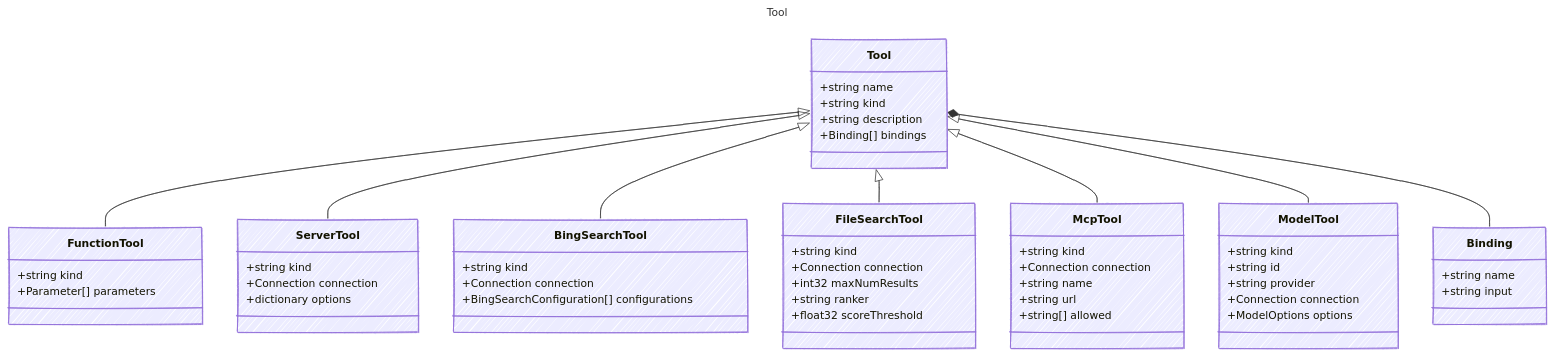
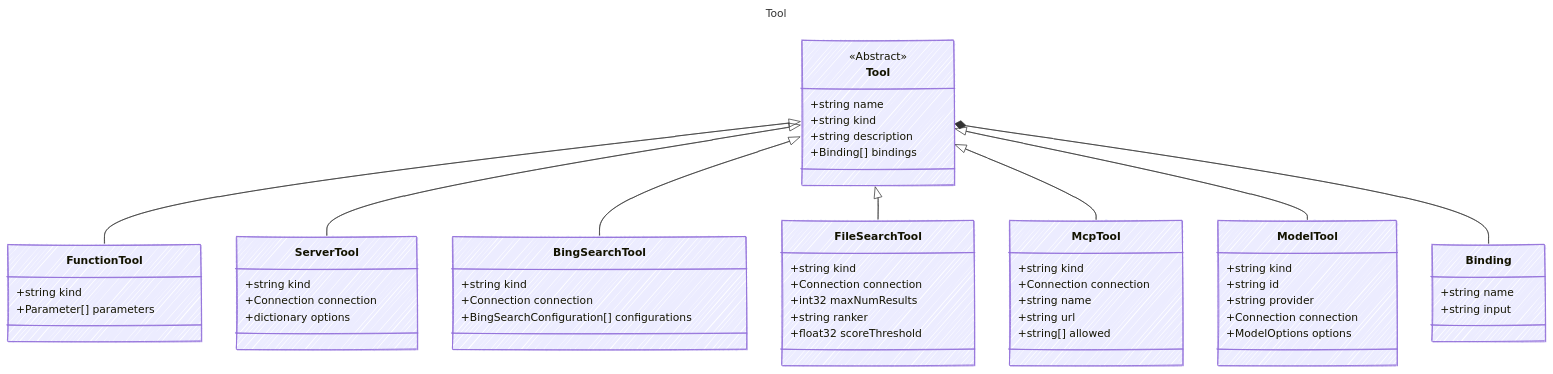
One commit to microsoft/prompty changed the diagram in specification/prompty/docs/Tool.md. Above: the diagram before and after it, drawn with Mermaid. The commit also changed 3 other files, not shown here.

````diff
--- a/specification/prompty/docs/Tool.md
+++ b/specification/prompty/docs/Tool.md
@@ -7,63 +7,63 @@
 ```mermaid
 ---
 title: Tool
 config:
   look: handDrawn
   theme: colorful
   class:
     hideEmptyMembersBox: true
 ---
 classDiagram
-    class Tool {
+    class Tool<<Abstract>> {
         +string name
         +string kind
         +string description
         +Binding[] bindings
     }
     class FunctionTool {
         +string kind
         +Parameter[] parameters
     }
     Tool <|-- FunctionTool
     class ServerTool {
         +string kind
         +Connection connection
         +dictionary options
     }
     Tool <|-- ServerTool
     class BingSearchTool {
         +string kind
         +Connection connection
         +BingSearchConfiguration[] configurations
     }
     Tool <|-- BingSearchTool
     class FileSearchTool {
         +string kind
         +Connection connection
         +int32 maxNumResults
         +string ranker
         +float32 scoreThreshold
     }
     Tool <|-- FileSearchTool
     class McpTool {
         +string kind
         +Connection connection
         +string name
         +string url
         +string[] allowed
     }
     Tool <|-- McpTool
     class ModelTool {
         +string kind
         +string id
         +string provider
         +Connection connection
         +ModelOptions options
     }
     Tool <|-- ModelTool
     class Binding {
         +string name
         +string input
     }
     Tool *-- Binding
 ```
````
